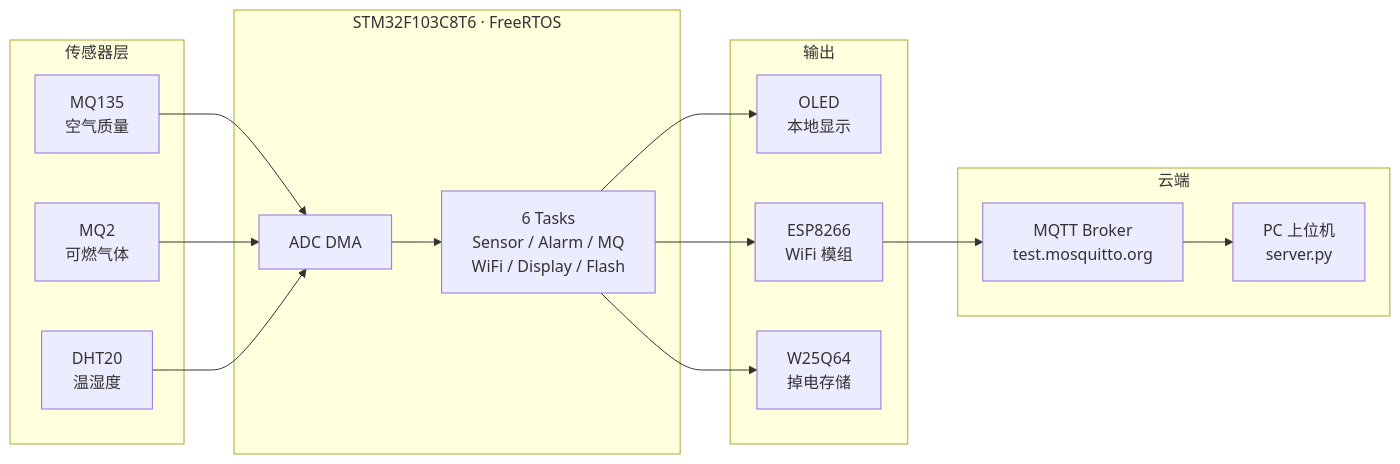
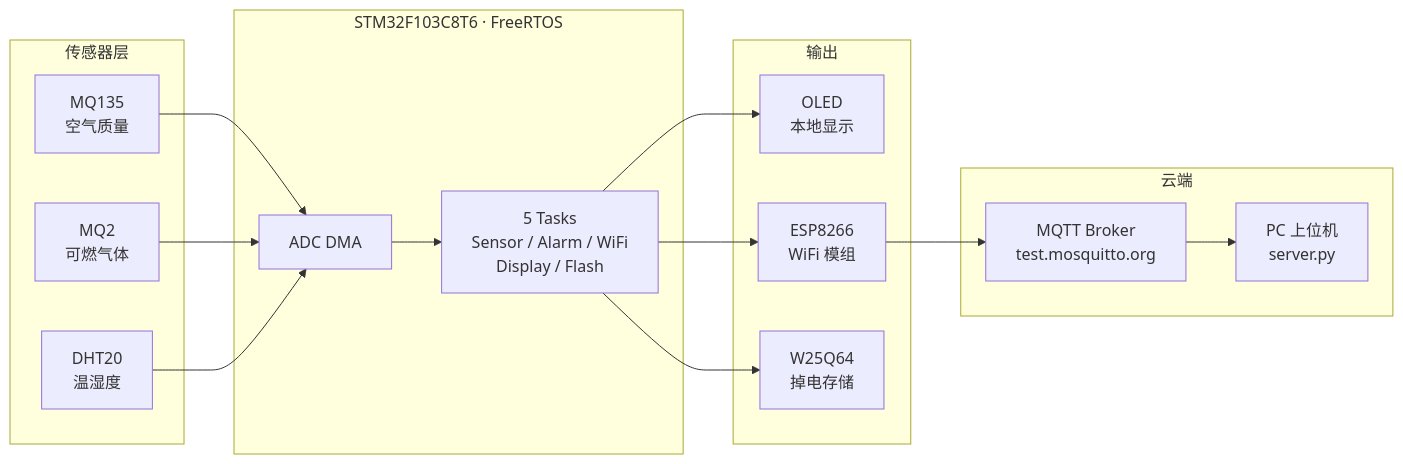
The diagram in README.md (2751522452/stm32-lab-monitor), drawn with Mermaid before and after one commit. The commit also changed other lines of this file and 10 other files, not shown here.

````diff
--- a/README.md
+++ b/README.md
@@ -39,34 +39,34 @@
 ```mermaid
 flowchart LR
     subgraph Sensors["传感器层"]
         MQ135["MQ135<br/>空气质量"]
         MQ2["MQ2<br/>可燃气体"]
         DHT20["DHT20<br/>温湿度"]
     end
 
     subgraph MCU["STM32F103C8T6 · FreeRTOS"]
         ADC["ADC DMA"]
-        Tasks["6 Tasks<br/>Sensor / Alarm / MQ<br/>WiFi / Display / Flash"]
+        Tasks["5 Tasks<br/>Sensor / Alarm / WiFi<br/>Display / Flash"]
     end
 
     subgraph Output["输出"]
         OLED["OLED<br/>本地显示"]
         ESP["ESP8266<br/>WiFi 模组"]
         Flash["W25Q64<br/>掉电存储"]
     end
 
     subgraph Cloud["云端"]
         Broker["MQTT Broker<br/>test.mosquitto.org"]
         PC["PC 上位机<br/>server.py"]
     end
 
     MQ135 --> ADC
     MQ2 --> ADC
     DHT20 --> ADC
     ADC --> Tasks
     Tasks --> OLED
     Tasks --> ESP
     Tasks --> Flash
     ESP --> Broker
     Broker --> PC
 ```
````
